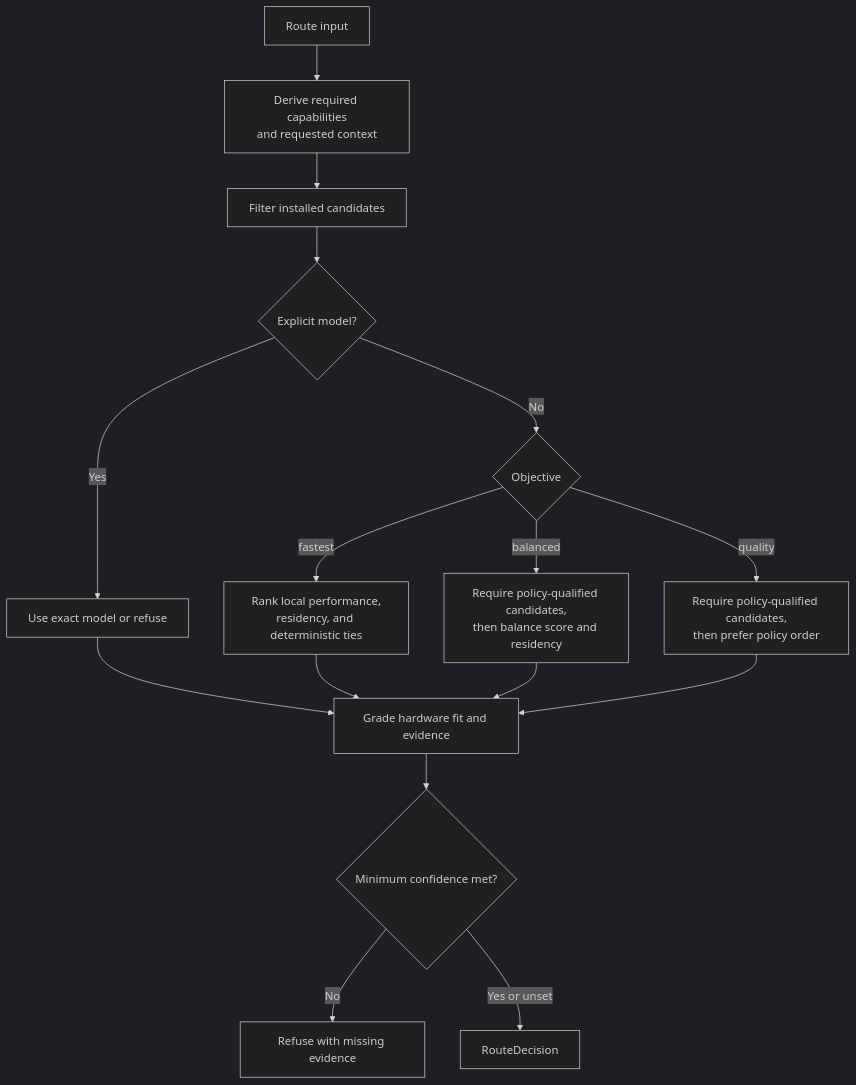
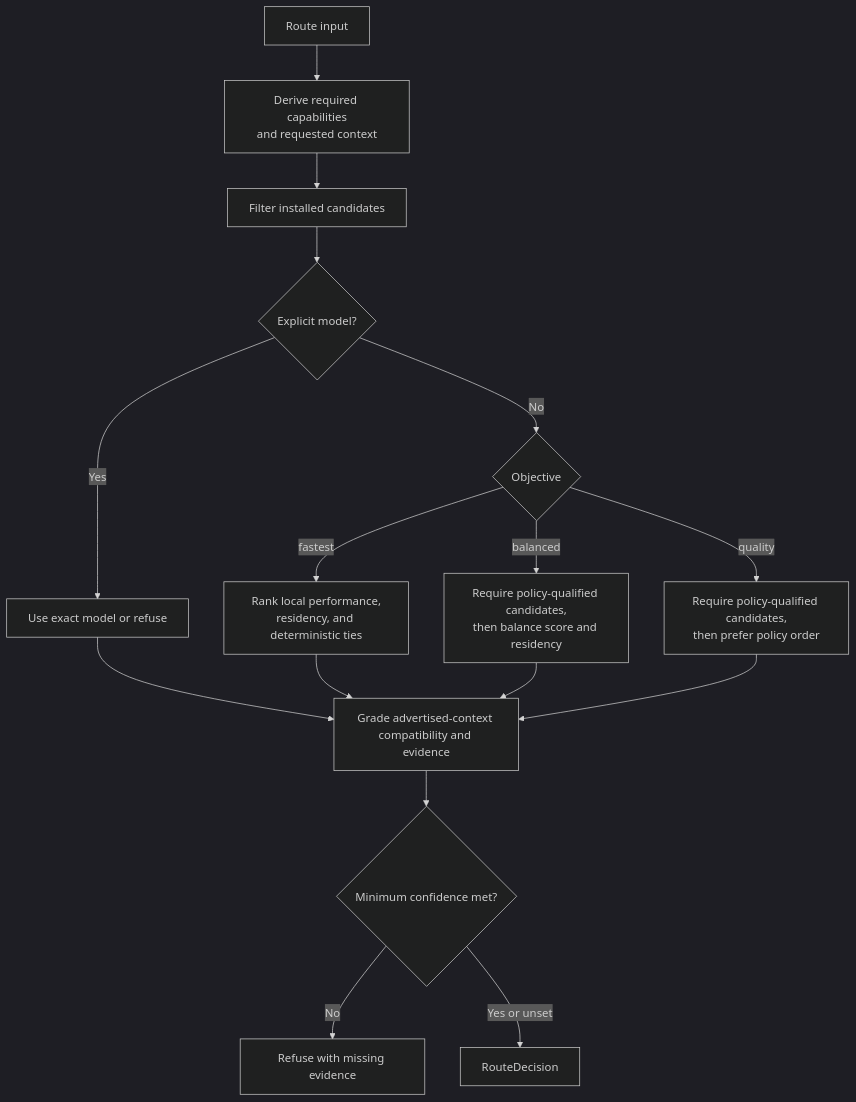
Before and after one commit to bgauryy/FreeLlama: the fourth of 10 diagrams in docs/ARCHITECTURE.md, drawn with Mermaid (dark theme). The commit also changed other lines of this file and 77 other files, not shown here.

````diff
--- a/docs/ARCHITECTURE.md
+++ b/docs/ARCHITECTURE.md
@@ -132,18 +133,18 @@
 ```mermaid
 flowchart TD
     I["Route input"] --> C["Derive required capabilities<br/>and requested context"]
     C --> F["Filter installed candidates"]
     F --> X{"Explicit model?"}
     X -->|"Yes"| E["Use exact model or refuse"]
     X -->|"No"| O{"Objective"}
     O -->|"fastest"| S["Rank local performance,<br/>residency, and deterministic ties"]
     O -->|"balanced"| B["Require policy-qualified candidates,<br/>then balance score and residency"]
     O -->|"quality"| Q["Require policy-qualified candidates,<br/>then prefer policy order"]
-    E --> H["Grade hardware fit and evidence"]
+    E --> H["Grade advertised-context compatibility and evidence"]
     S --> H
     B --> H
     Q --> H
     H --> G{"Minimum confidence met?"}
     G -->|"No"| R["Refuse with missing evidence"]
     G -->|"Yes or unset"| D["RouteDecision"]
 ```
````
